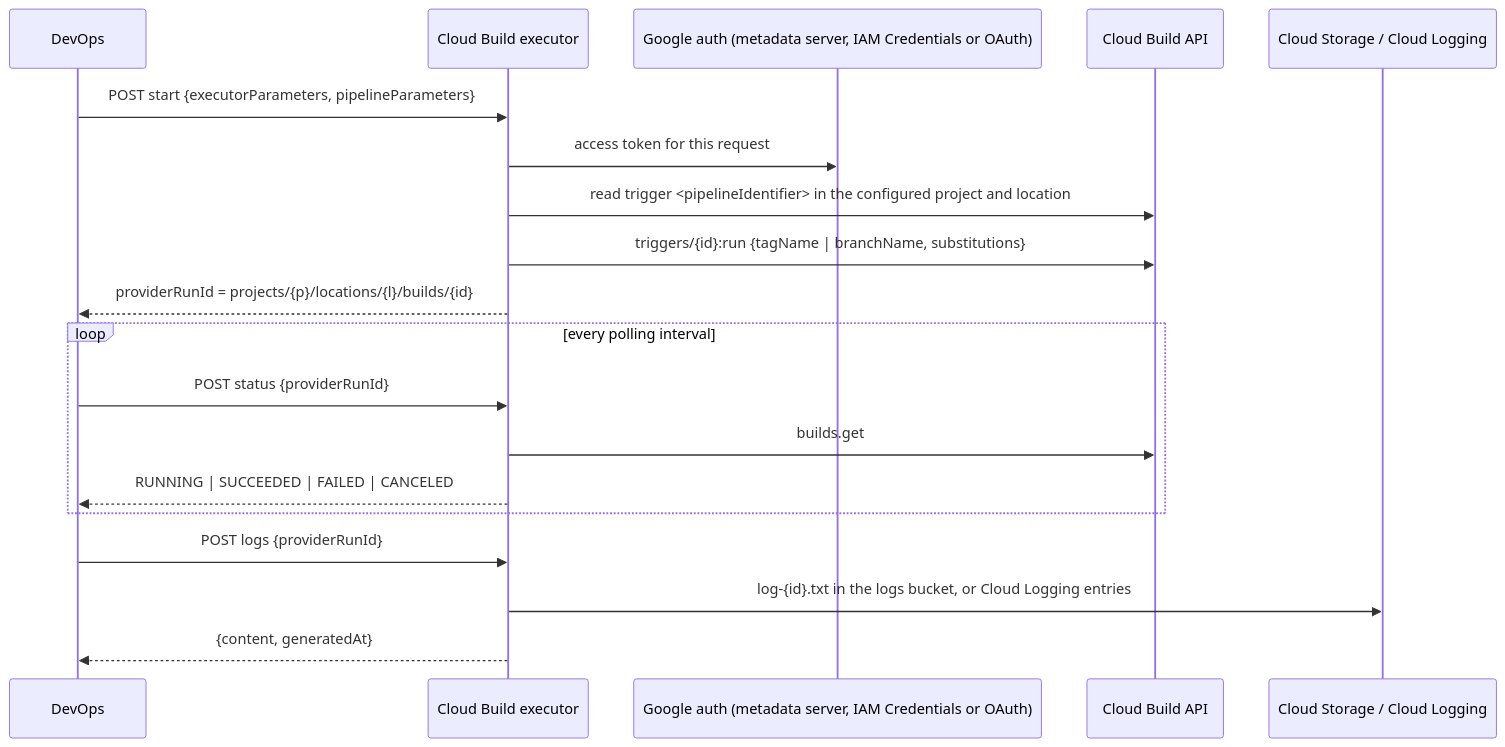
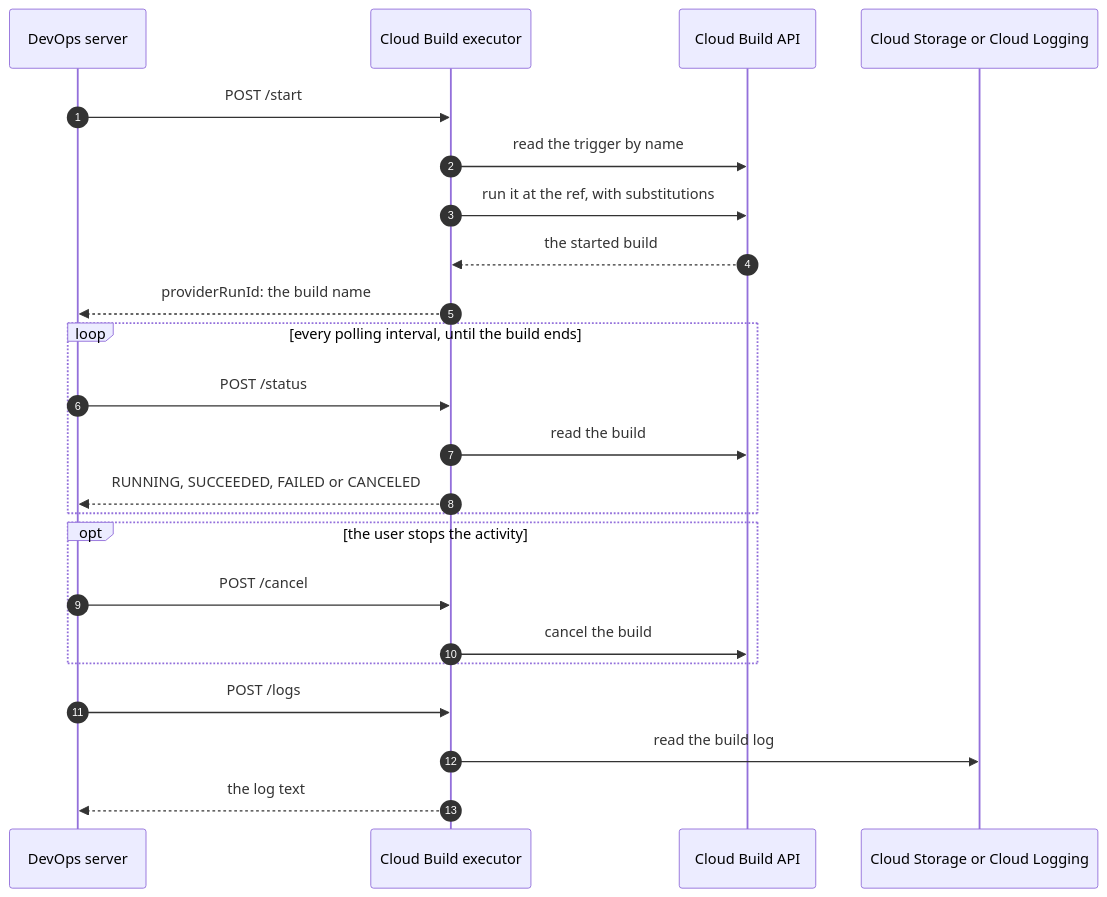
The second of 11 diagrams in README.md (opendatamesh-initiative/odm-platform-adapter-devops-executor-cloudbuild), drawn with Mermaid before and after one commit. The commit also changed other lines of this file, not shown here.

Commit message:
docs: README split into what the executor does, supported features, installation and authentication, with diagrams (BDMD-5810)

````diff
--- a/README.md
+++ b/README.md
@@ -25,21 +76,25 @@
 ```mermaid
 sequenceDiagram
-  participant DevOps
-  participant X as Cloud Build executor
-  participant A as Google auth (metadata server, IAM Credentials or OAuth)
+  autonumber
+  participant DO as DevOps server
+  participant EX as Cloud Build executor
   participant CB as Cloud Build API
-  participant L as Cloud Storage / Cloud Logging
-  DevOps->>X: POST start {executorParameters, pipelineParameters}
-  X->>A: access token for this request
-  X->>CB: read trigger <pipelineIdentifier> in the configured project and location
-  X->>CB: triggers/{id}:run {tagName | branchName, substitutions}
-  X-->>DevOps: providerRunId = projects/{p}/locations/{l}/builds/{id}
-  loop every polling interval
-    DevOps->>X: POST status {providerRunId}
-    X->>CB: builds.get
-    X-->>DevOps: RUNNING | SUCCEEDED | FAILED | CANCELED
+  participant LS as Cloud Storage or Cloud Logging
+  DO->>EX: POST /start
+  EX->>CB: read the trigger by name
+  EX->>CB: run it at the ref, with substitutions
+  CB-->>EX: the started build
+  EX-->>DO: providerRunId: the build name
+  loop every polling interval, until the build ends
+    DO->>EX: POST /status
+    EX->>CB: read the build
+    EX-->>DO: RUNNING, SUCCEEDED, FAILED or CANCELED
   end
-  DevOps->>X: POST logs {providerRunId}
-  X->>L: log-{id}.txt in the logs bucket, or Cloud Logging entries
-  X-->>DevOps: {content, generatedAt}
+  opt the user stops the activity
+    DO->>EX: POST /cancel
+    EX->>CB: cancel the build
+  end
+  DO->>EX: POST /logs
+  EX->>LS: read the build log
+  EX-->>DO: the log text
 ```
````
